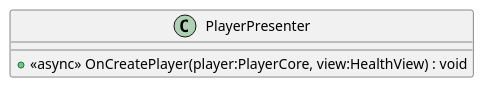
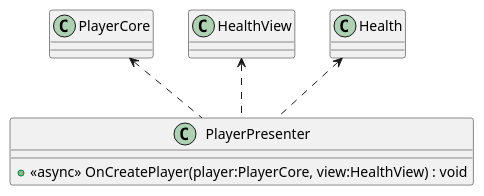
Before and after one commit to asterisk-cn/RougueShooter: the diagram in plantuml/target/Player/PlayerPresenter.puml, drawn with PlantUML. The commit also changed 26 other files, not shown here.

```diff
--- a/plantuml/target/Player/PlayerPresenter.puml
+++ b/plantuml/target/Player/PlayerPresenter.puml
@@ -1,5 +1,8 @@
 @startuml
 class PlayerPresenter {
     + <<async>> OnCreatePlayer(player:PlayerCore, view:HealthView) : void
 }
+PlayerCore <.. PlayerPresenter
+HealthView <.. PlayerPresenter
+Health <.. PlayerPresenter
 @enduml
```
